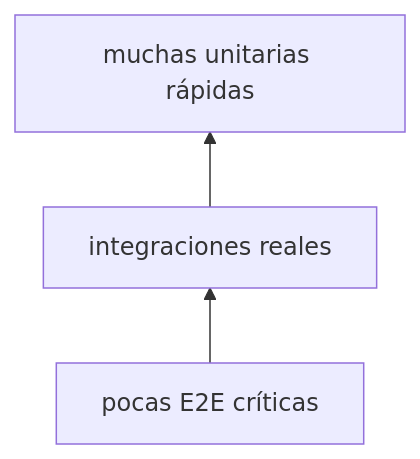
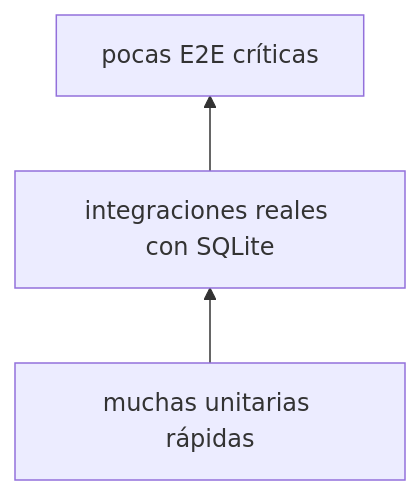
One commit to NICORUIZ93/The_Imperial_Book changed the second of 4 diagrams in web/public/content/foundations/modulo-5.md. Above: the diagram before and after it, drawn with Mermaid. The commit also changed other lines of this file, not shown here.

First line of the commit message:
docs(fundamentos): M5 completo con la plantilla académica

````diff
--- a/web/public/content/foundations/modulo-5.md
+++ b/web/public/content/foundations/modulo-5.md
@@ -87,4 +459,4 @@
 ```mermaid
 flowchart BT
-    E2E["pocas E2E críticas"] --> INT["integraciones reales"] --> UNIT["muchas unitarias rápidas"]
+    UNIT["muchas unitarias rápidas"] --> INT["integraciones reales con SQLite"] --> E2E["pocas E2E críticas"]
 ```
````
